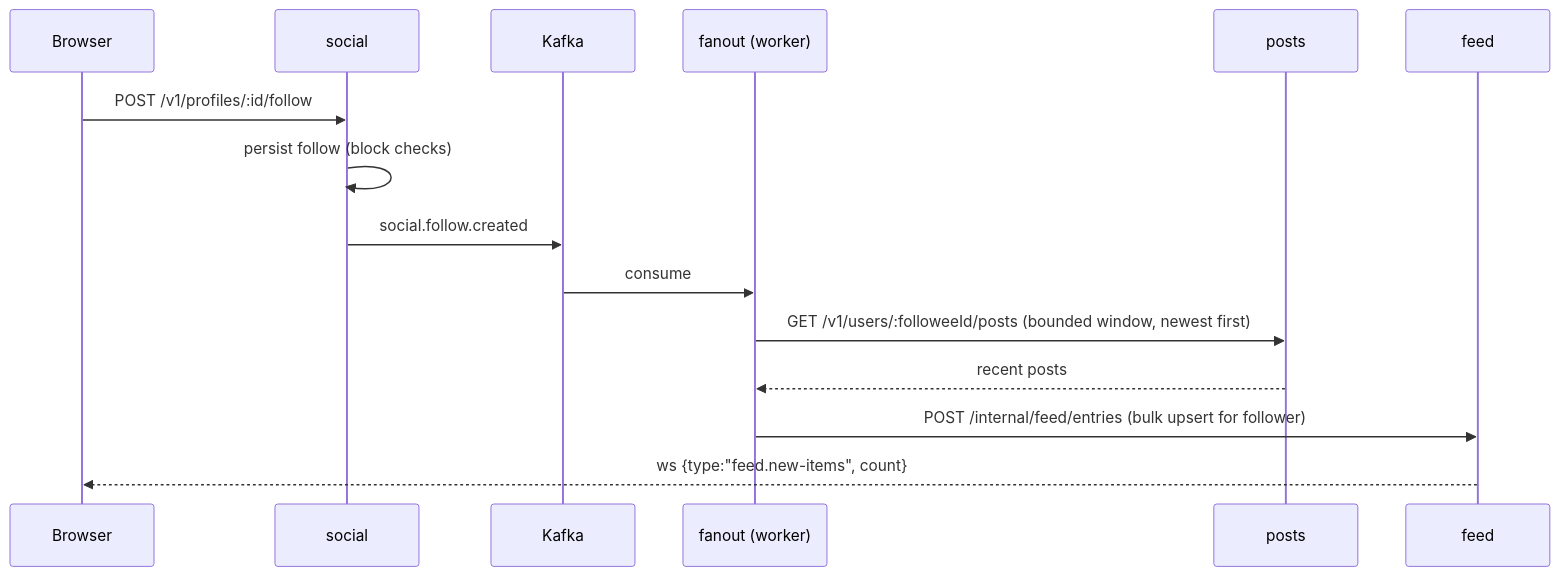
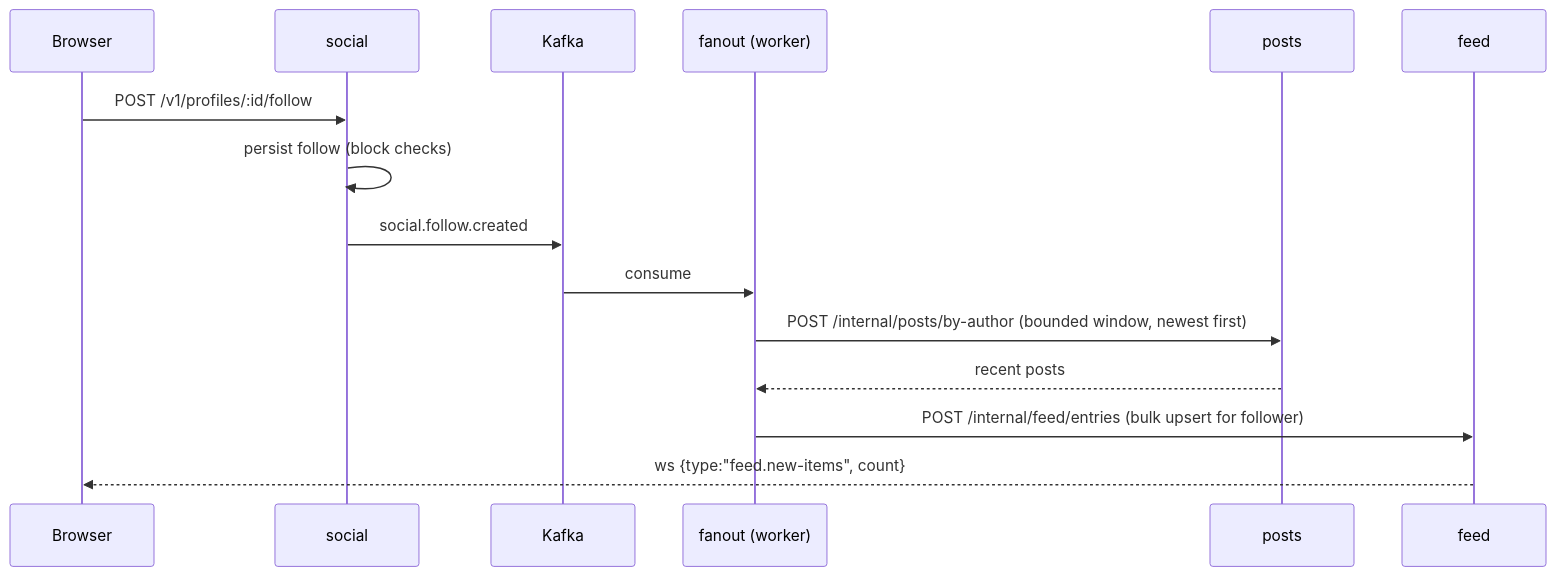
The third of 4 diagrams in docs/specs/architecture/04-event-driven-flows.md (jdc-projects/xitter), drawn with Mermaid before and after one commit. The commit also changed other lines of this file and 8 other files, not shown here.

````diff
--- a/docs/specs/architecture/04-event-driven-flows.md
+++ b/docs/specs/architecture/04-event-driven-flows.md
@@ -123,18 +123,18 @@
 ```mermaid
 sequenceDiagram
     participant U as Browser
     participant S as social
     participant K as Kafka
     participant F as fanout (worker)
     participant P as posts
     participant FD as feed
 
     U->>S: POST /v1/profiles/:id/follow
     S->>S: persist follow (block checks)
     S->>K: social.follow.created
     K->>F: consume
-    F->>P: GET /v1/users/:followeeId/posts (bounded window, newest first)
+    F->>P: POST /internal/posts/by-author (bounded window, newest first)
     P-->>F: recent posts
     F->>FD: POST /internal/feed/entries (bulk upsert for follower)
     FD-->>U: ws {type:"feed.new-items", count}
 ```
````
